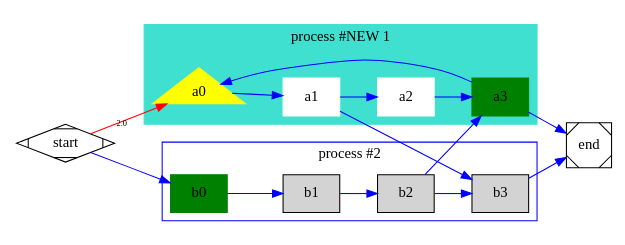
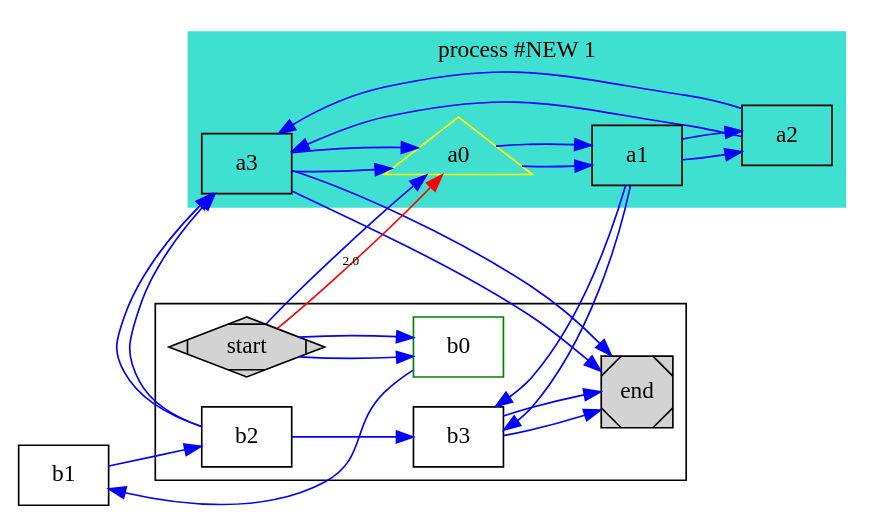
Before and after one commit to tragisch/PlotGraphviz.jl: the diagram in test.dot, drawn with Graphviz. The commit also changed 5 other files, not shown here.

First line of the commit message:
Add quickstart images and enhance Graphviz integration

```diff
--- a/test.dot
+++ b/test.dot
@@ -1,45 +1,46 @@
 digraph G {
- graph[size="5", concentrate="true", layout="dot", rankdir="LR"]
- node[shape="box"]
- edge[color="blue"]
-subgraph cluster_0 { 
- graph[style="filled", color="Turquoise", label="process #NEW 1"]
- node[style="filled", color="white"]
- edge[]
- 9 -> 4 [];
- 4 -> 3 [];
- 3 -> 1 [];
+  graph [rankdir="LR"];
+  node [shape="box"];
+  edge [color="blue"];
+  1 [label="a3"];
+  2 [label="start"];
+  3 [label="a2"];
+  4 [label="a1"];
+  5 [label="b3"];
+  6 [label="b2"];
+  7 [label="end"];
+  8 [label="b0",color="green"];
+  9 [label="a0",shape="triangle",filled="true",color="yellow"];
+  10 [label="b1"];
+  1 -> 7;
+  1 -> 9;
+  2 -> 8;
+  2 -> 9 [color="red",xlabel="2.0",fontsize="8.0"];
+  3 -> 1;
+  4 -> 3;
+  4 -> 5;
+  5 -> 7;
+  6 -> 1;
+  6 -> 5;
+  8 -> 10;
+  9 -> 4;
+  10 -> 6;
+  subgraph cluster_0 {
+    graph [style="filled",color="Turquoise",label="process #NEW 1"];
+    9 -> 4;
+    4 -> 3;
+    3 -> 1;
+  }
+  subgraph cluster_1 {
+    node [style="filled"];
+    2 [shape="Mdiamond",style="filled"];
+    7 [shape="Msquare",style="filled"];
+    2 -> 9;
+    2 -> 8;
+    4 -> 5;
+    6 -> 1;
+    1 -> 9;
+    1 -> 7;
+    5 -> 7;
+  }
 }
-subgraph cluster_1 { 
- graph[label="process #2", color="blue"]
- node[style="filled"]
- edge[]
- 1 [color=green];
- 8 -> 10 [];
- 10 -> 6 [];
- 6 -> 5 [];
-}
- 1 [label="a3"];
- 2 [label="start", shape="Mdiamond"];
- 3 [label="a2"];
- 4 [label="a1"];
- 5 [label="b3"];
- 6 [label="b2"];
- 7 [label="end", shape="Msquare"];
- 8 [label="b0", color="green"];
- 9 [label="a0", shape="triangle", filled="true", color="yellow"];
- 10 [label="b1"];
- 3 -> 1 [];
- 2 -> 8 [];
- 1 -> 7 [];
- 8 -> 10 [];
- 9 -> 4 [];
- 6 -> 5 [];
- 4 -> 3 [];
- 6 -> 1 [];
- 4 -> 5 [];
- 10 -> 6 [];
- 1 -> 9 [];
- 2 -> 9 [color="red", xlabel="2.0", fontsize="8.0"];
- 5 -> 7 [];
-}
```
